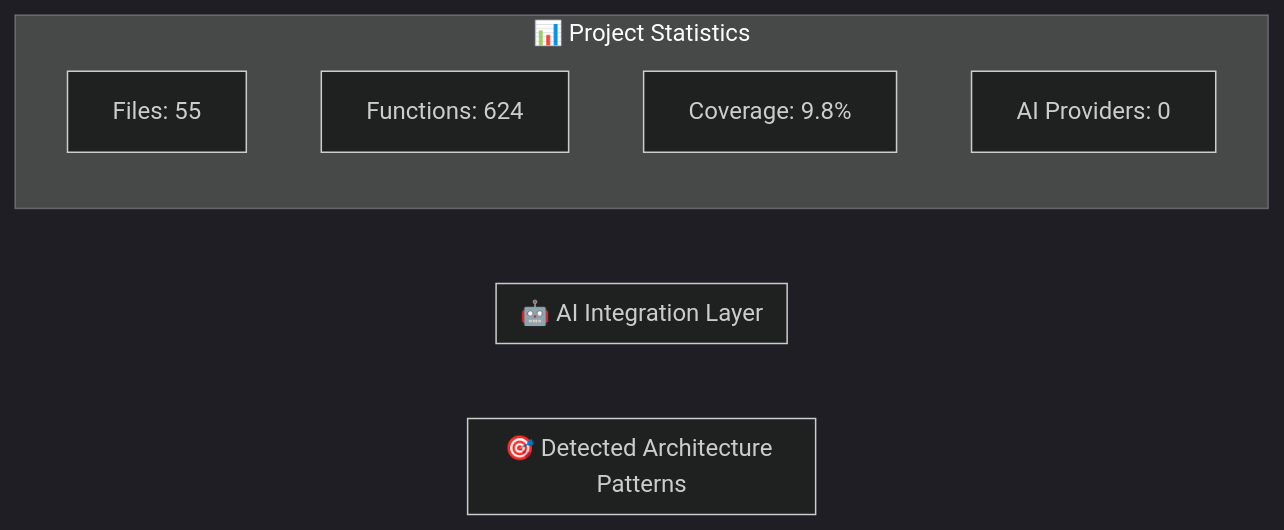
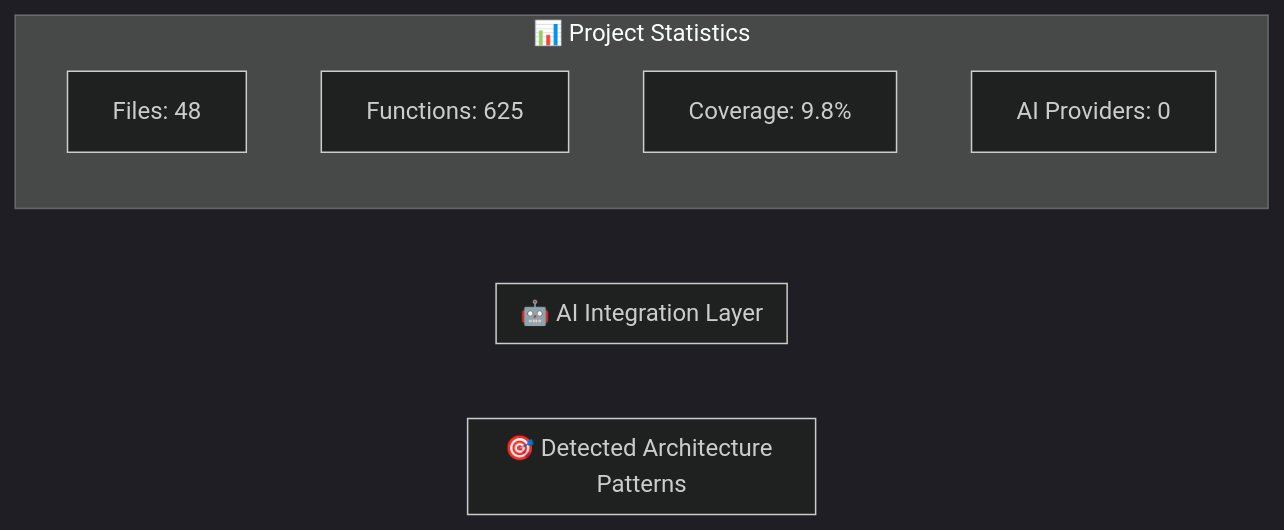
The second of 5 diagrams in ARCHITECTURE_DIAGRAM.md (Spitfire-Products/Arkival-V4), drawn with Mermaid (dark theme) before and after one commit. The commit also changed other lines of this file and 32 other files, not shown here.

````diff
--- a/ARCHITECTURE_DIAGRAM.md
+++ b/ARCHITECTURE_DIAGRAM.md
@@ -40,17 +50,17 @@
 ```mermaid
 graph LR
     subgraph "🎯 Detected Architecture Patterns"
         
     end
 
     subgraph "🤖 AI Integration Layer"
         
     end
 
     subgraph "📊 Project Statistics"
-        STATS1[Files: 55]
-        STATS2[Functions: 624]
+        STATS1[Files: 48]
+        STATS2[Functions: 625]
         STATS3[Coverage: 9.8%]
         STATS4[AI Providers: 0]
     end
 ```
````
